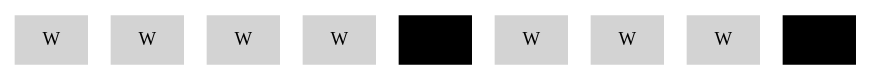
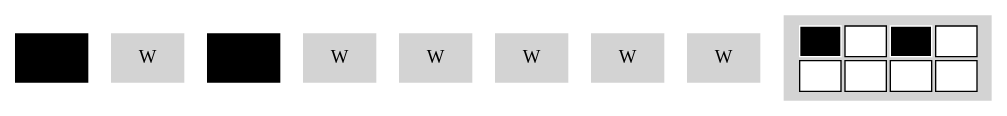
The diagram in structs_revisited.gv (Tuliops/IPC2_Proyecto1_201700698), drawn with Graphviz before and after one commit. The commit also changed 15 other files, not shown here.

```diff
--- a/structs_revisited.gv
+++ b/structs_revisited.gv
@@ -1,20 +1,22 @@
 digraph {
-	node [bgcolor=black color=lightgrey shape=record style=filled]
-	1 [label=W]
+	node [color=black shape=record style=filled]
+	1 [label=B]
 	node [bgcolor=black color=lightgrey shape=record style=filled]
 	2 [label=W]
-	node [bgcolor=black color=lightgrey shape=record style=filled]
-	3 [label=W]
+	node [color=black shape=record style=filled]
+	3 [label=B]
 	node [bgcolor=black color=lightgrey shape=record style=filled]
 	4 [label=W]
-	node [color=black shape=record style=filled]
-	5 [label=B]
+	node [bgcolor=black color=lightgrey shape=record style=filled]
+	5 [label=W]
 	node [bgcolor=black color=lightgrey shape=record style=filled]
 	6 [label=W]
 	node [bgcolor=black color=lightgrey shape=record style=filled]
 	7 [label=W]
 	node [bgcolor=black color=lightgrey shape=record style=filled]
 	8 [label=W]
-	node [color=black shape=record style=filled]
-	9 [label=B]
+	structx [label=<
+        <TABLE BORDER="0" CELLBORDER="1" CELLSPACING="3" CELLPADDING="3">
+        <TR><TD  COLOR = "WHITE" BGCOLOR="BLACK">     </TD><TD   COLOR = "BLACK" BGCOLOR="WHITE">     </TD><TD  COLOR = "WHITE" BGCOLOR="BLACK">     </TD><TD   COLOR = "BLACK" BGCOLOR="WHITE">     </TD></TR><TR><TD   COLOR = "BLACK" BGCOLOR="WHITE">     </TD><TD   COLOR = "BLACK" BGCOLOR="WHITE">     </TD><TD   COLOR = "BLACK" BGCOLOR="WHITE">     </TD><TD   COLOR = "BLACK" BGCOLOR="WHITE">     </TD></TR>
+        </TABLE>>]
 }
```
